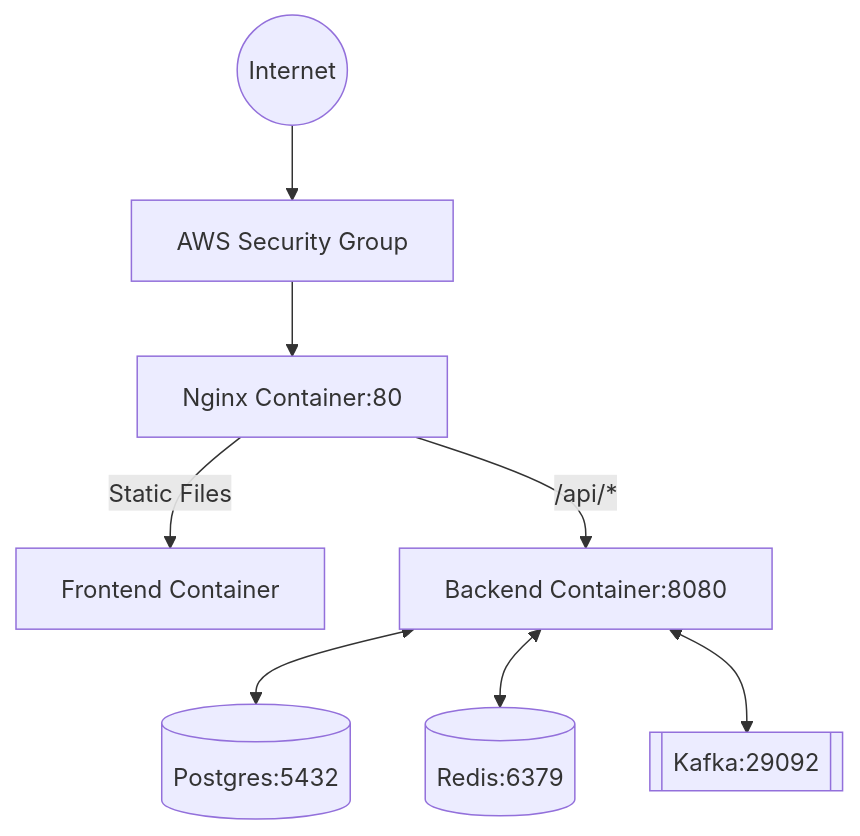
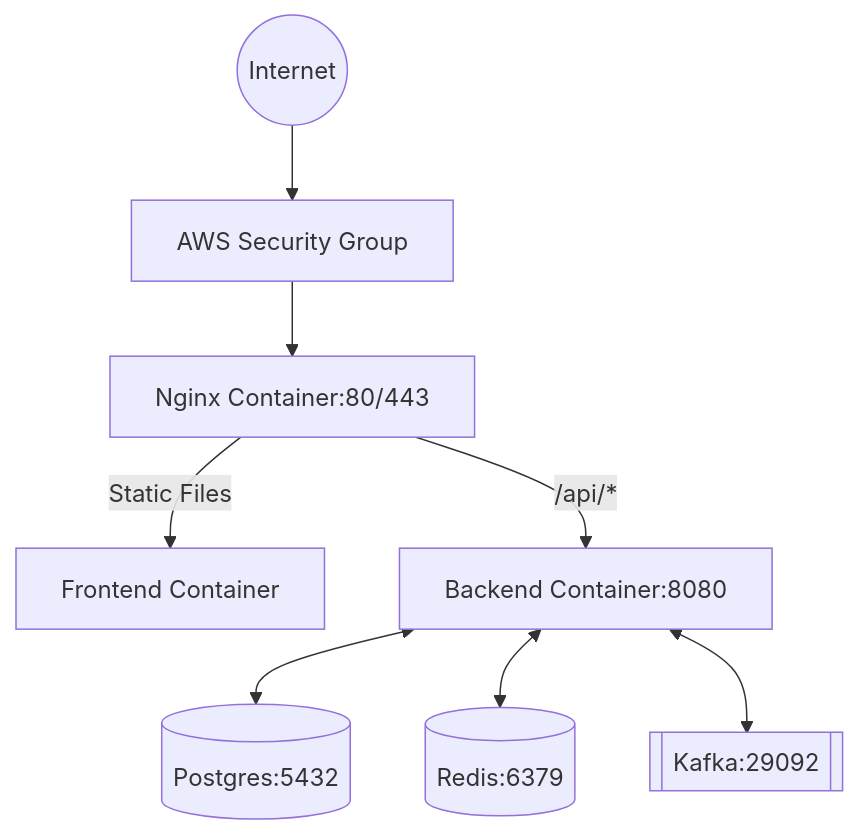
One commit to mithun-io/tpa-api changed the tenth of 10 diagrams in README.md. Above: the diagram before and after it, drawn with Mermaid. The commit also changed other lines of this file and 4751 other files, not shown here.

````diff
--- a/README.md
+++ b/README.md
@@ -298,12 +397,12 @@
 ```mermaid
 graph TD
     Internet((Internet)) --> Firewall[AWS Security Group]
-    Firewall --> Nginx[Nginx Container:80]
+    Firewall --> Nginx[Nginx Container:80/443]
     
     Nginx --> |Static Files| React[Frontend Container]
     Nginx --> |/api/*| Spring[Backend Container:8080]
     
     Spring <--> PG[(Postgres:5432)]
     Spring <--> Redis[(Redis:6379)]
     Spring <--> Kafka[[Kafka:29092]]
 ```
````
